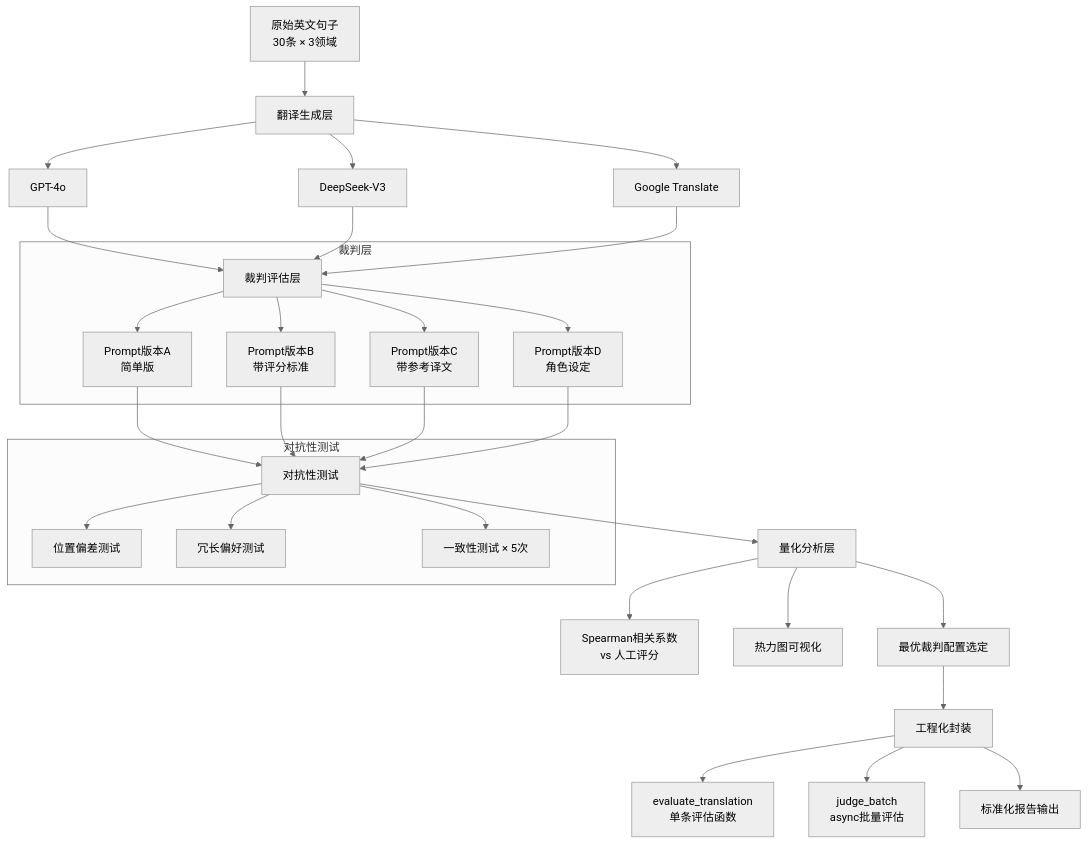
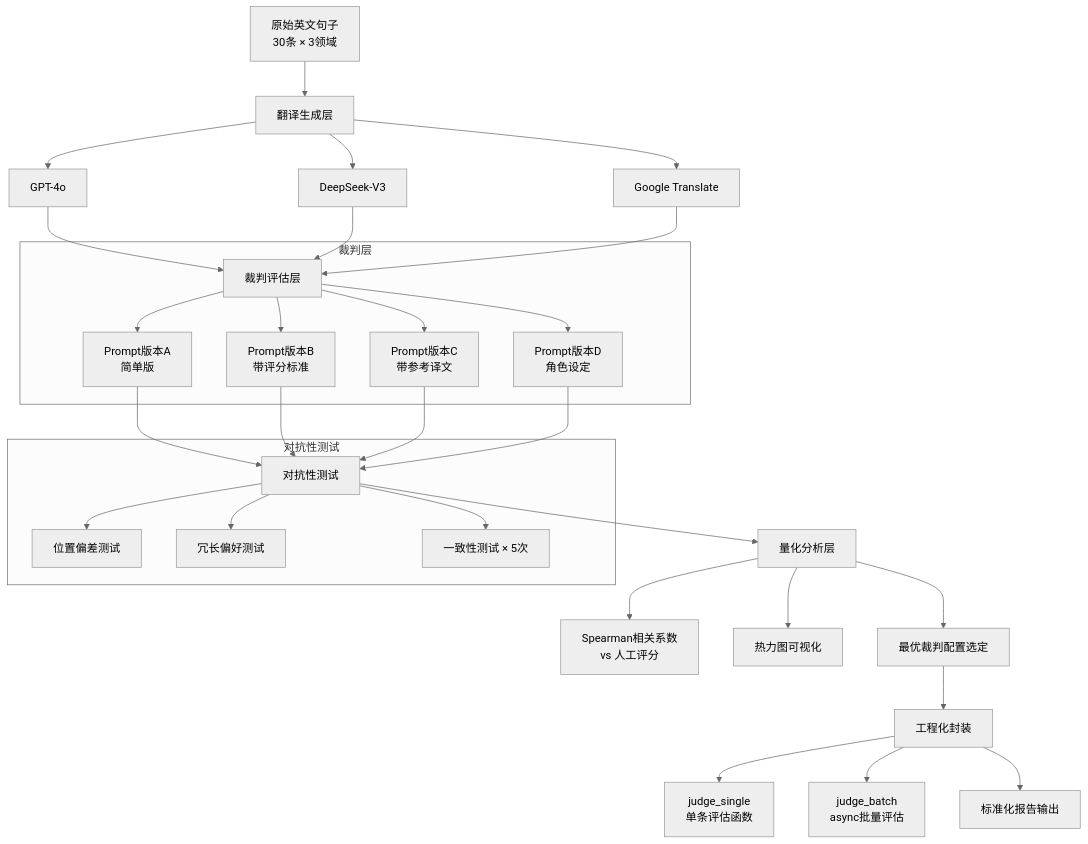
One commit to swf2020/AI-Agent-in-Practice changed the diagram in docs/AI Agent 与大模型应用开发实战手册/第一章 大模型基础与 API 实战/1.3.3【动手三】多语言翻译质量评估器.md. Above: the diagram before and after it, drawn with Mermaid (neutral theme). The commit also changed other lines of this file and 40 other files, not shown here.

````diff
--- a/docs/AI Agent 与大模型应用开发实战手册/第一章 大模型基础与 API 实战/1.3.3【动手三】多语言翻译质量评估器.md
+++ b/docs/AI Agent 与大模型应用开发实战手册/第一章 大模型基础与 API 实战/1.3.3【动手三】多语言翻译质量评估器.md
@@ -20,34 +20,34 @@
 ```mermaid
 graph TD
     A[原始英文句子<br/>30条 × 3领域] --> B[翻译生成层]
     B --> B1[GPT-4o]
     B --> B2[DeepSeek-V3]
     B --> B3[Google Translate]
 
     B1 & B2 & B3 --> C[裁判评估层]
 
     subgraph 裁判层
         C --> C1[Prompt版本A<br/>简单版]
         C --> C2[Prompt版本B<br/>带评分标准]
         C --> C3[Prompt版本C<br/>带参考译文]
         C --> C4[Prompt版本D<br/>角色设定]
     end
 
     C1 & C2 & C3 & C4 --> D[对抗性测试]
 
     subgraph 对抗性测试
         D --> D1[位置偏差测试]
         D --> D2[冗长偏好测试]
         D --> D3[一致性测试 × 5次]
     end
 
     D --> E[量化分析层]
     E --> E1[Spearman相关系数<br/>vs 人工评分]
     E --> E2[热力图可视化]
     E --> E3[最优裁判配置选定]
 
     E3 --> F[工程化封装]
-    F --> F1[evaluate_translation<br/>单条评估函数]
+    F --> F1[judge_single<br/>单条评估函数]
     F --> F2[judge_batch<br/>async批量评估]
     F --> F3[标准化报告输出]
 ```
````
